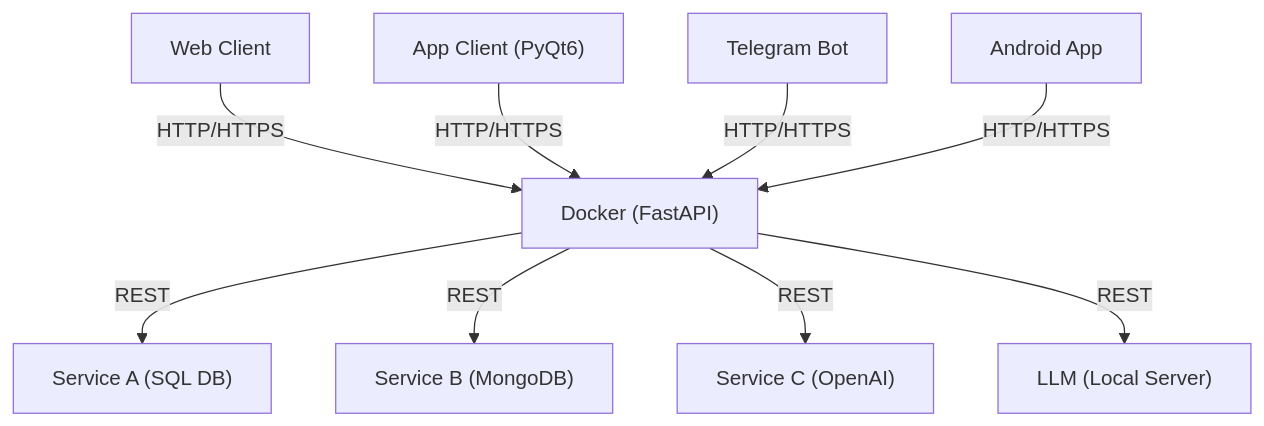
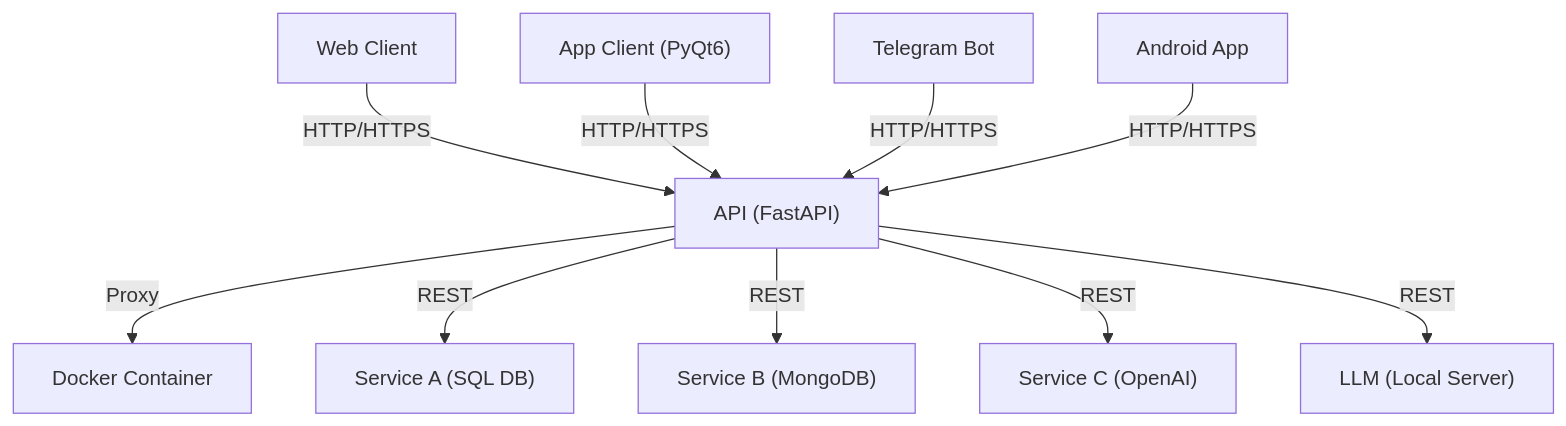
Before and after one commit to musicnova/KIA-chatGPT: the fourth of 5 diagrams in docs/README.md, drawn with Mermaid. The commit also changed other lines of this file, not shown here.

````diff
--- a/docs/README.md
+++ b/docs/README.md
@@ -90,12 +90,14 @@
 ```mermaid
 graph TD
-    WebClient["Web Client"] -->|HTTP/HTTPS| Docker["Docker (FastAPI)"]
-    AppClient["App Client (PyQt6)"] -->|HTTP/HTTPS| Docker
-    TgBot["Telegram Bot"] -->|HTTP/HTTPS| Docker
-    AndroidClient["Android App "] -->|HTTP/HTTPS| Docker
-    
-    Docker -->|REST| SQLService["Service A (SQL DB)"]
-    Docker -->|REST| MongoService["Service B (MongoDB)"]
-    Docker -->|REST| OpenAIService["Service C (OpenAI)"]
-    Docker -->|REST| LocalLLM["LLM (Local Server)"]
+    WebClient["Web Client"] -->|HTTP/HTTPS| API
+    AppClient["App Client (PyQt6)"] -->|HTTP/HTTPS| API
+    TgBot["Telegram Bot"] -->|HTTP/HTTPS| API
+    AndroidClient["Android App "] -->|HTTP/HTTPS| API
+
+    API["API (FastAPI)"] -->|Proxy| Docker["Docker Container"]
+
+    API -->|REST| SQLService["Service A (SQL DB)"]
+    API -->|REST| MongoService["Service B (MongoDB)"]
+    API -->|REST| OpenAIService["Service C (OpenAI)"]
+    API -->|REST| LocalLLM["LLM (Local Server)"]
 ```
````
